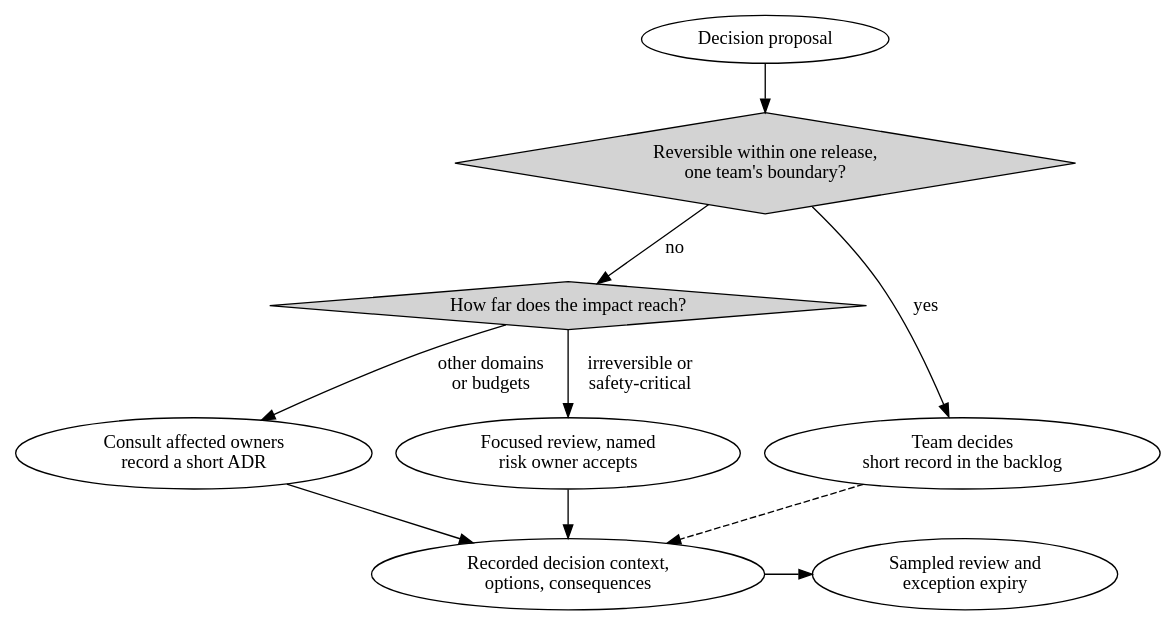
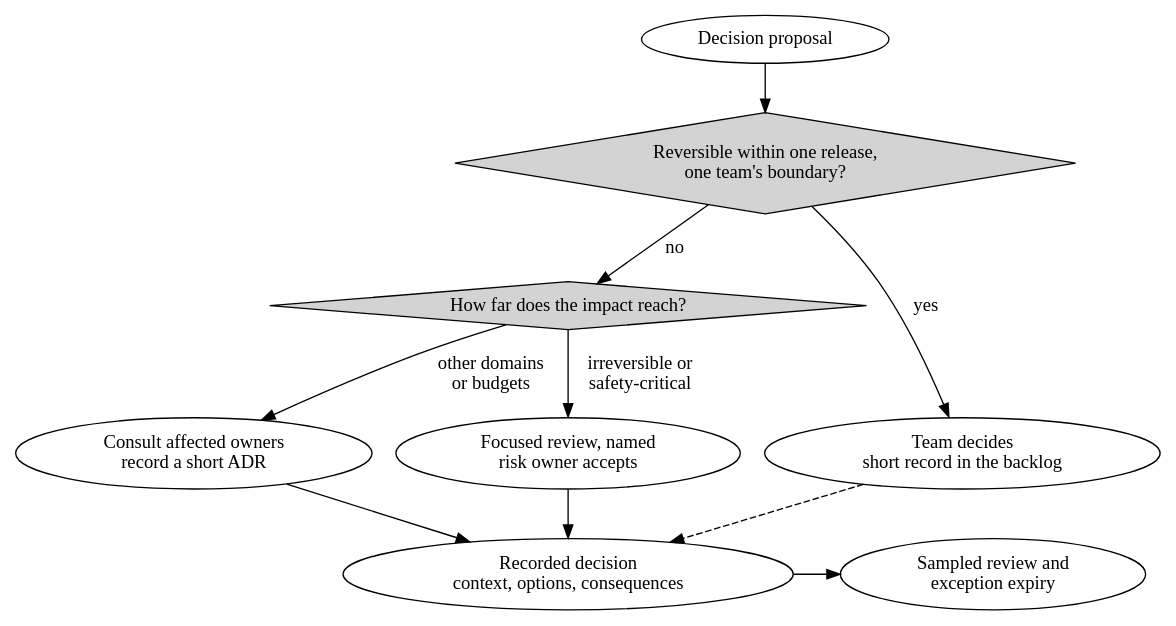
Before and after one commit to cesarcastrocuba/handbook-solutions-architecture: the diagram in assets/diagrams/src/ch02-decision-tiers.dot, drawn with Graphviz. The commit also changed 14 other files, not shown here.

First line of the commit message:
diagrams(figures): keep each node name on its own line

```diff
--- a/assets/diagrams/src/ch02-decision-tiers.dot
+++ b/assets/diagrams/src/ch02-decision-tiers.dot
@@ -1,20 +1,20 @@
 digraph G { 
 
  rankdir=TB;
  prop [label="Decision proposal"];
  q1 [label="Reversible within one release,\none team's boundary?", shape=diamond, style="filled"];
  q2 [label="How far does the impact reach?", shape=diamond, style="filled"];
  t1 [label="Team decides\nshort record in the backlog"];
  t2 [label="Consult affected owners\nrecord a short ADR"];
  t3 [label="Focused review, named\nrisk owner accepts"];
- adr [class="focal", label="Recorded decision context,\noptions, consequences"];
+ adr [class="focal", label="Recorded decision\ncontext, options, consequences"];
  rev [label="Sampled review and\nexception expiry"];
  prop->q1;
  q1->t1 [label=" yes"];
  q1->q2 [label=" no"];
  q2->t2 [label=" other domains\n or budgets"]; q2->t3 [label=" irreversible or\n safety-critical"];
  t2->adr; t3->adr; t1->adr [style=dashed];
  adr->rev;
  {rank=same; t1; t2; t3}
  {rank=same; adr; rev}
 }
```
